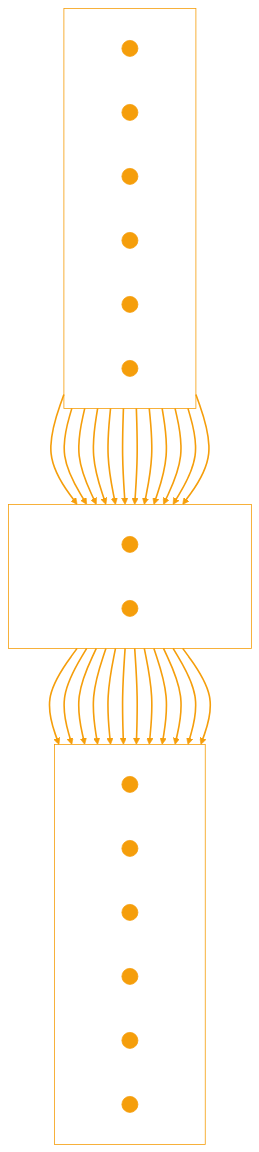
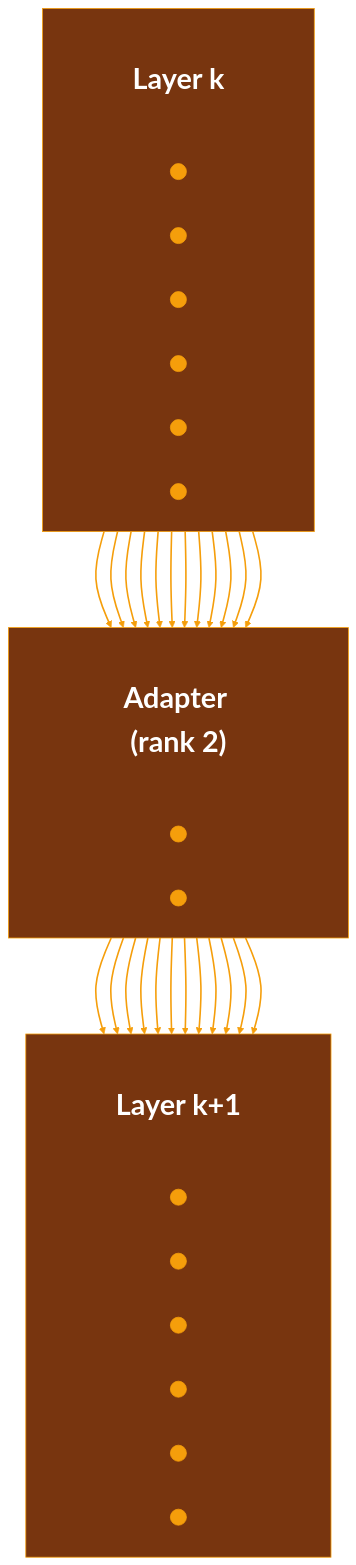
The third of 3 diagrams in slides/m13-fine-tuning.qmd (kerryback/mgmt675), drawn with Mermaid before and after one commit. The commit also changed other lines of this file and 1 other file, not shown here.

Commit message:
Redesign LoRA mermaid diagrams: colored backgrounds, labels beside layers
Move layer labels from subgraph titles to styled nodes inside each
subgraph, and fill subgraph backgrounds instead of leaving them
transparent.

````diff
--- a/slides/m13-fine-tuning.qmd
+++ b/slides/m13-fine-tuning.qmd
@@ -330,55 +331,56 @@
 ```{mermaid}
 %%| fig-width: 16
-%%{init: {'theme': 'base', 'themeVariables': {'fontSize': '42px', 'primaryColor': '#f59e0b', 'primaryTextColor': '#fff', 'lineColor': '#f59e0b', 'clusterBkg': 'transparent', 'clusterBorder': '#f59e0b', 'clusterTextColor': '#fff'}, 'flowchart': {'nodeSpacing': 60, 'rankSpacing': 120, 'padding': 20, 'useMaxWidth': true}}}%%
+%%{init: {'theme': 'base', 'themeVariables': {'fontSize': '42px', 'primaryColor': '#f59e0b', 'primaryTextColor': '#fff', 'lineColor': '#f59e0b', 'clusterBkg': '#78350f', 'clusterBorder': '#f59e0b', 'clusterTextColor': '#fff'}, 'flowchart': {'nodeSpacing': 60, 'rankSpacing': 120, 'padding': 20, 'useMaxWidth': true}}}%%
 graph TB
-  subgraph Layer_k["Layer k"]
+  subgraph layer_k[" "]
     direction LR
+    LK["Layer k"]:::label
     A1((" "))
     A2((" "))
     A3((" "))
     A4((" "))
     A5((" "))
     A6((" "))
   end
-  subgraph Adapter["Adapter (rank 2)"]
+  subgraph adapter[" "]
     direction LR
+    AD["Adapter (rank 2)"]:::label
     R1((" "))
     R2((" "))
   end
-  subgraph Layer_k1["Layer k+1"]
+  subgraph layer_k1[" "]
     direction LR
+    LK1["Layer k+1"]:::label
     B1((" "))
     B2((" "))
     B3((" "))
     B4((" "))
     B5((" "))
     B6((" "))
   end
   A1 --> R1 & R2
   A2 --> R1 & R2
   A3 --> R1 & R2
   A4 --> R1 & R2
   A5 --> R1 & R2
   A6 --> R1 & R2
   R1 --> B1 & B2 & B3 & B4 & B5 & B6
   R2 --> B1 & B2 & B3 & B4 & B5 & B6
 
+  classDef label fill:none,stroke:none,color:#fff,font-size:36px,font-weight:bold
   linkStyle default stroke:#f59e0b,stroke-width:2px
   style A1 fill:#f59e0b,stroke:#f59e0b
   style A2 fill:#f59e0b,stroke:#f59e0b
   style A3 fill:#f59e0b,stroke:#f59e0b
   style A4 fill:#f59e0b,stroke:#f59e0b
   style A5 fill:#f59e0b,stroke:#f59e0b
   style A6 fill:#f59e0b,stroke:#f59e0b
   style R1 fill:#f59e0b,stroke:#f59e0b
   style R2 fill:#f59e0b,stroke:#f59e0b
   style B1 fill:#f59e0b,stroke:#f59e0b
   style B2 fill:#f59e0b,stroke:#f59e0b
   style B3 fill:#f59e0b,stroke:#f59e0b
   style B4 fill:#f59e0b,stroke:#f59e0b
   style B5 fill:#f59e0b,stroke:#f59e0b
   style B6 fill:#f59e0b,stroke:#f59e0b
-  style Layer_k fill:transparent,stroke:#f59e0b,color:#fff
-  style Adapter fill:transparent,stroke:#f59e0b,color:#fff
-  style Layer_k1 fill:transparent,stroke:#f59e0b,color:#fff
 ```
````
